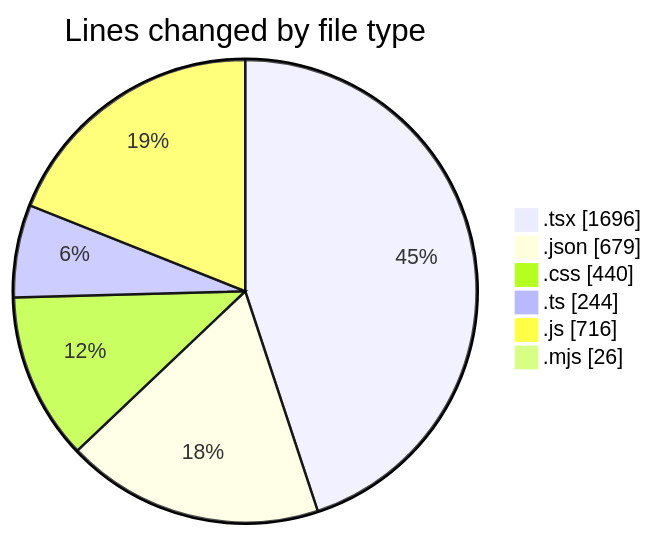
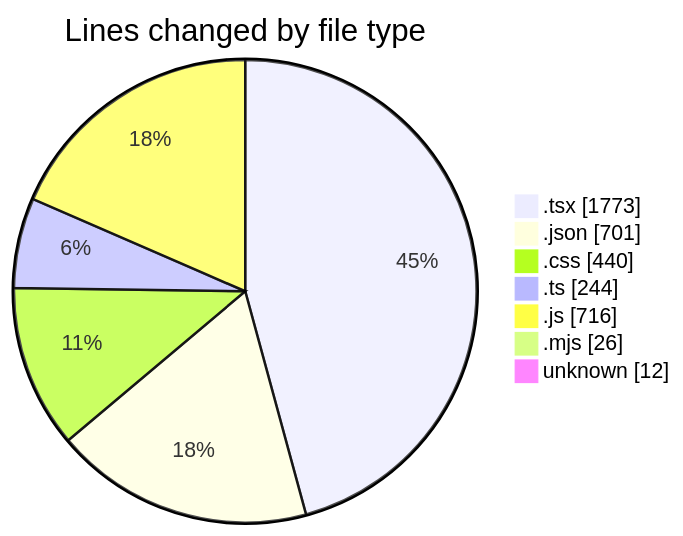
The first of 2 diagrams in 2025-05-04/niten/README.md (Elitesun/code-tracking), drawn with Mermaid before and after one commit. The commit also changed other lines of this file and 1 other file, not shown here.

````diff
--- a/2025-05-04/niten/README.md
+++ b/2025-05-04/niten/README.md
@@ -55,10 +59,11 @@
 ```mermaid
 pie showData
 title Lines changed by file type
-".tsx" : 1696
-".json" : 679
+".tsx" : 1773
+".json" : 701
 ".css" : 440
 ".ts" : 244
 ".js" : 716
 ".mjs" : 26
+"unknown" : 12
 ```
````
